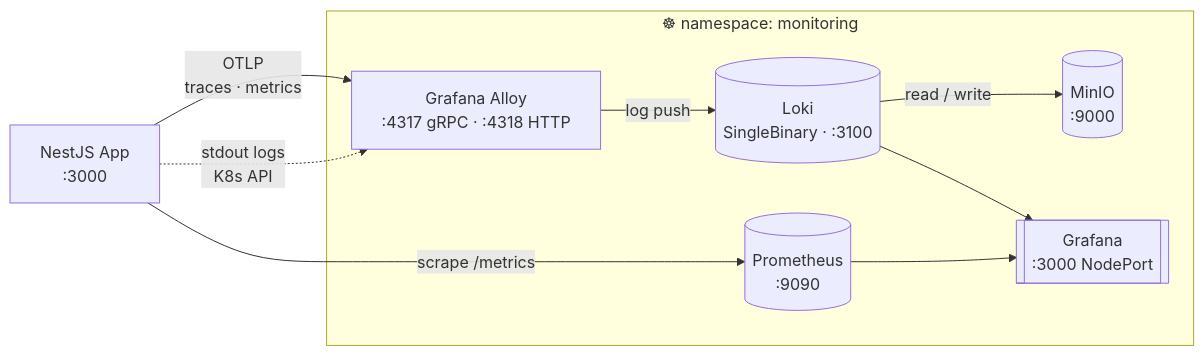
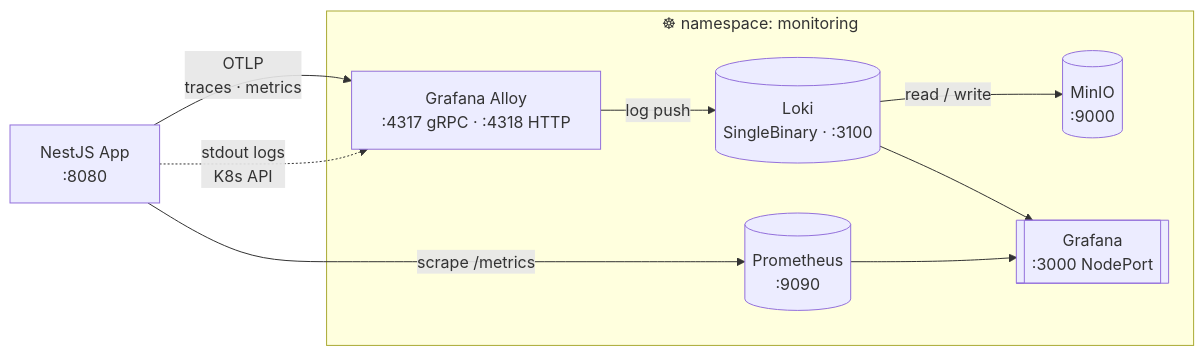
Before and after one commit to shhan-ops/sigmon-tutorial: the first of 6 diagrams in README.md, drawn with Mermaid. The commit also changed other lines of this file and 3 other files, not shown here.

````diff
--- a/README.md
+++ b/README.md
@@ -22,21 +24,21 @@
 ```mermaid
 flowchart LR
-    APP["NestJS App<br/>:3000"]
+    APP["NestJS App<br/>:8080"]
 
     subgraph monitoring["☸ namespace: monitoring"]
         ALLOY["Grafana Alloy<br/>:4317 gRPC · :4318 HTTP"]
         LOKI[("Loki<br/>SingleBinary · :3100")]
         MINIO[("MinIO<br/>:9000")]
         PROM[("Prometheus<br/>:9090")]
         GRAFANA[["Grafana<br/>:3000 NodePort"]]
 
         ALLOY -->|"log push"| LOKI
         LOKI -->|"read / write"| MINIO
         PROM --> GRAFANA
         LOKI --> GRAFANA
     end
 
     APP -->|"OTLP<br/>traces · metrics"| ALLOY
     APP -.->|"stdout logs<br/>K8s API"| ALLOY
     APP -->|"scrape /metrics"| PROM
 ```
````
